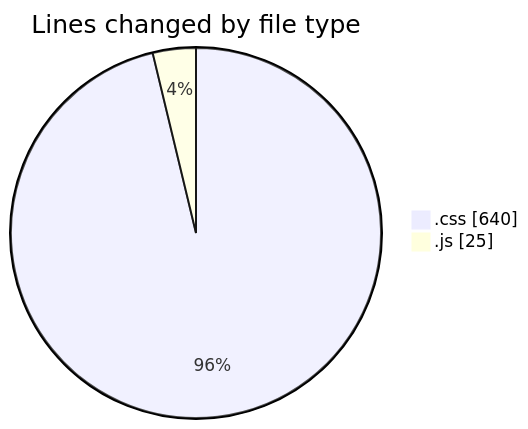
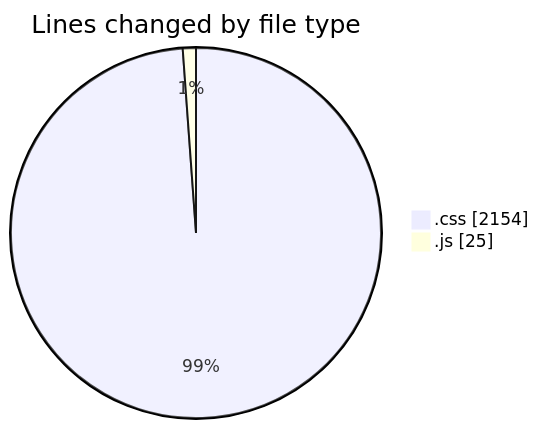
One commit to tmsrecording-cyber/code-tracking changed the first of 2 diagrams in 2026-04-24/darkwire/README.md. Above: the diagram before and after it, drawn with Mermaid. The commit also changed other lines of this file and 1 other file, not shown here.

````diff
--- a/2026-04-24/darkwire/README.md
+++ b/2026-04-24/darkwire/README.md
@@ -21,6 +22,6 @@
 ```mermaid
 pie showData
 title Lines changed by file type
-".css" : 640
+".css" : 2154
 ".js" : 25
 ```
````
